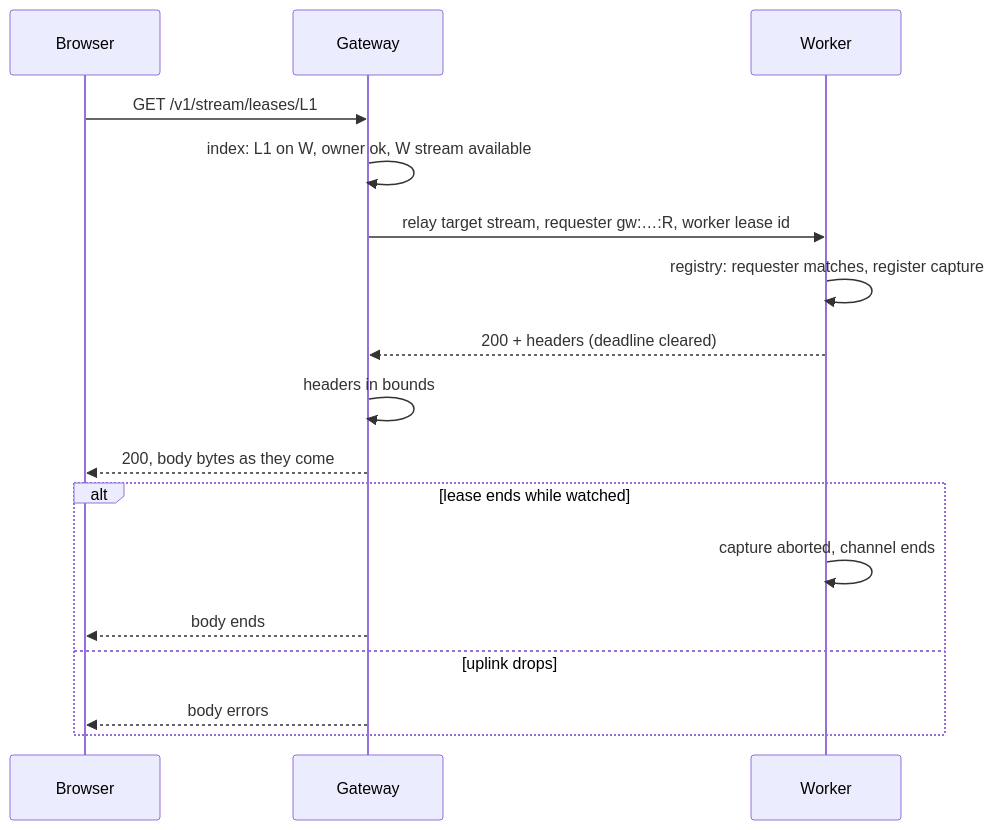
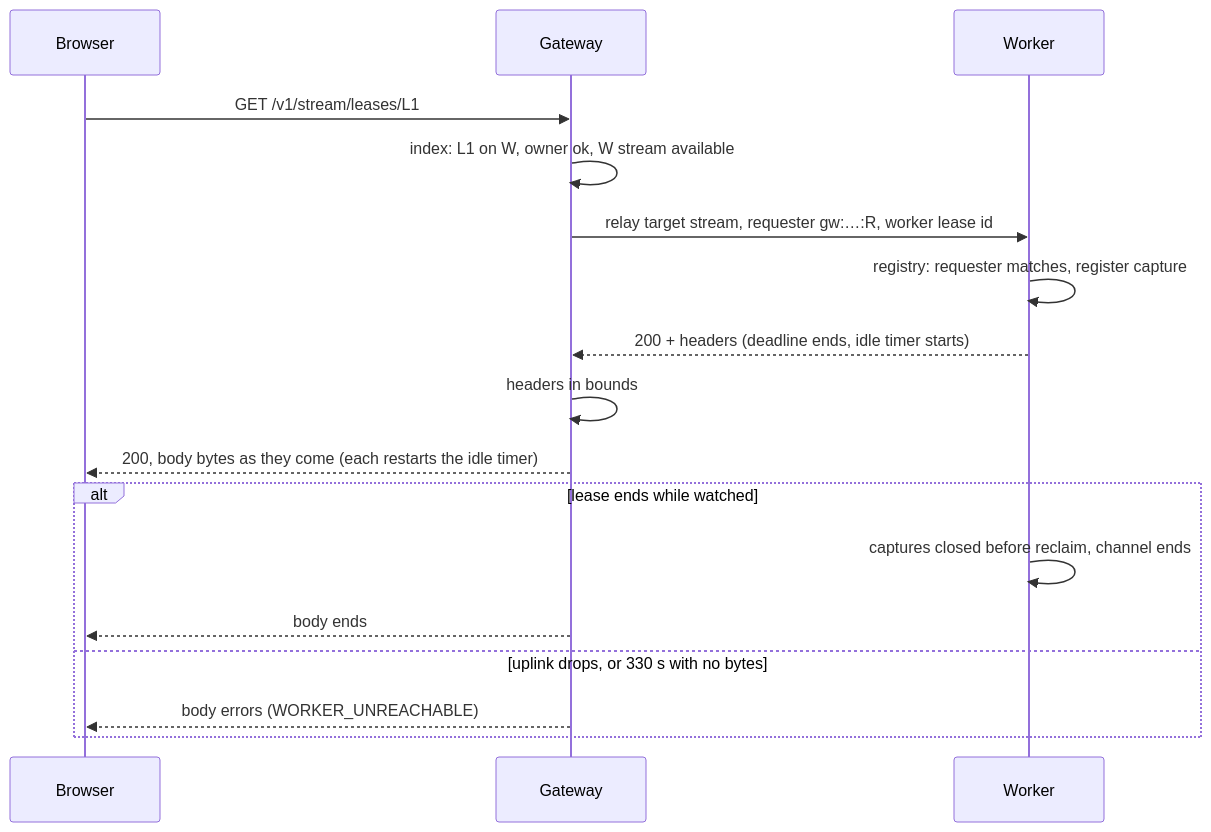
Before and after one commit to callstackincubator/simlock: the third of 3 diagrams in docs/internal/adr/0031-a-screen-stream-is-an-optional-module-and-a-driver-films-the-device.md, drawn with Mermaid. The commit also changed other lines of this file, not shown here.

First line of the commit message:
docs(adr): 0031 amends ADR 0028's relay deadline, and records the driver capability as built

````diff
--- a/docs/internal/adr/0031-a-screen-stream-is-an-optional-module-and-a-driver-films-the-device.md
+++ b/docs/internal/adr/0031-a-screen-stream-is-an-optional-module-and-a-driver-films-the-device.md
@@ -297,19 +316,19 @@
 ```mermaid
 sequenceDiagram
   participant B as Browser
   participant G as Gateway
   participant W as Worker
   B->>G: GET /v1/stream/leases/L1
   G->>G: index: L1 on W, owner ok, W stream available
   G->>W: relay target stream, requester gw:…:R, worker lease id
   W->>W: registry: requester matches, register capture
-  W-->>G: 200 + headers (deadline cleared)
+  W-->>G: 200 + headers (deadline ends, idle timer starts)
   G->>G: headers in bounds
-  G-->>B: 200, body bytes as they come
+  G-->>B: 200, body bytes as they come (each restarts the idle timer)
   alt lease ends while watched
-    W->>W: capture aborted, channel ends
+    W->>W: captures closed before reclaim, channel ends
     G-->>B: body ends
-  else uplink drops
-    G-->>B: body errors
+  else uplink drops, or 330 s with no bytes
+    G-->>B: body errors (WORKER_UNREACHABLE)
   end
 ```
````
